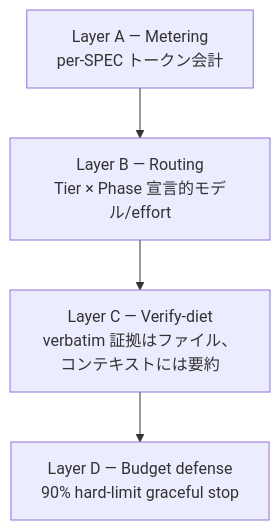
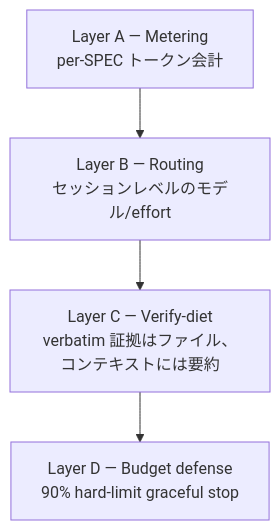
Before and after one commit to modu-ai/moai-adk: the first of 2 diagrams in docs-site/content/ja/advanced/tokenomics-overview.md, drawn with Mermaid. The commit also changed other lines of this file and 21 other files, not shown here.

````diff
--- a/docs-site/content/ja/advanced/tokenomics-overview.md
+++ b/docs-site/content/ja/advanced/tokenomics-overview.md
@@ -33,11 +33,11 @@
 ```mermaid
 flowchart TD
     A["Layer A — Metering<br/>per-SPEC トークン会計"]
-    B["Layer B — Routing<br/>Tier × Phase 宣言的モデル/effort"]
+    B["Layer B — Routing<br/>セッションレベルのモデル/effort"]
     C["Layer C — Verify-diet<br/>verbatim 証拠はファイル、コンテキストには要約"]
     D["Layer D — Budget defense<br/>90% hard-limit graceful stop"]
 
     A --> B
     B --> C
     C --> D
 ```
````
